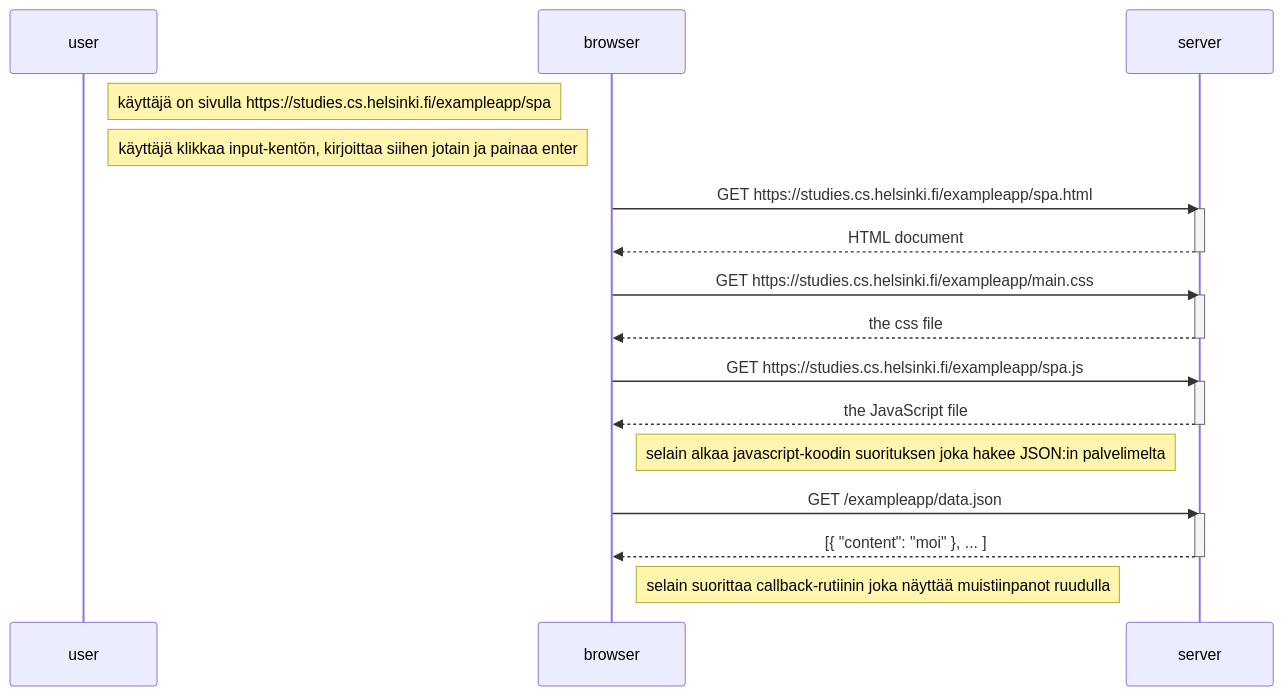
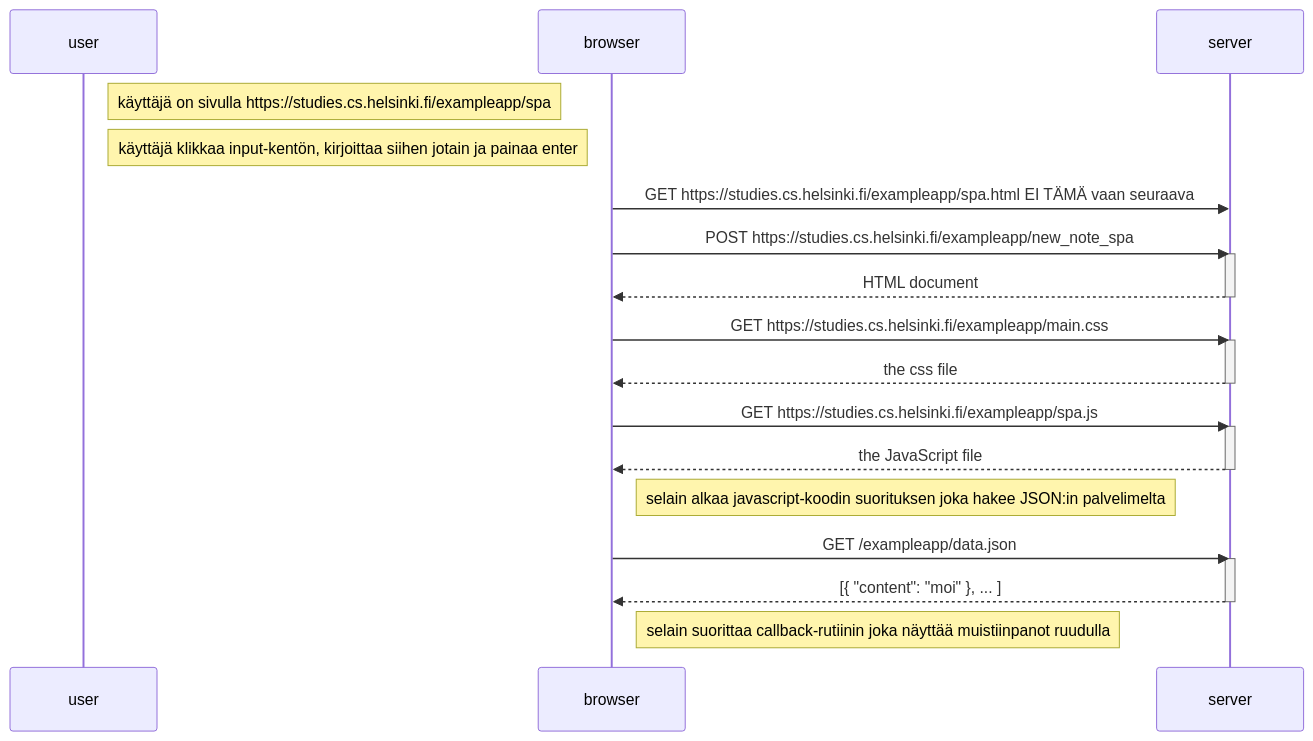
One commit to moocjsi/mooc-harj03 changed the diagram in mermaid-test9.md. Above: the diagram before and after it, drawn with Mermaid.

````diff
--- a/mermaid-test9.md
+++ b/mermaid-test9.md
@@ -2,35 +2,36 @@
 ```mermaid
 sequenceDiagram
     participant user
     participant browser
     participant server
 
     Note right of user: käyttäjä on sivulla https://studies.cs.helsinki.fi/exampleapp/spa
     Note right of user: käyttäjä klikkaa input-kentön, kirjoittaa siihen jotain ja painaa enter
     
-    browser->>server: GET https://studies.cs.helsinki.fi/exampleapp/spa.html
+    browser->>server: GET  https://studies.cs.helsinki.fi/exampleapp/spa.html  EI TÄMÄ vaan seuraava
+    browser->>server: POST https://studies.cs.helsinki.fi/exampleapp/new_note_spa
     activate server
     server-->>browser: HTML document
     deactivate server
 
     browser->>server: GET https://studies.cs.helsinki.fi/exampleapp/main.css
     activate server
     server-->>browser: the css file
     deactivate server
 
     browser->>server: GET https://studies.cs.helsinki.fi/exampleapp/spa.js
     activate server
     server-->>browser: the JavaScript file
     deactivate server
 
     Note right of browser: selain alkaa  javascript-koodin suorituksen joka hakee JSON:in palvelimelta
     browser->>server: GET /exampleapp/data.json
 
     activate server
     server-->>browser: [{ "content": "moi" }, ... ]
     deactivate server
 
     Note right of browser: selain suorittaa callback-rutiinin joka näyttää muistiinpanot ruudulla
 
 
 ```
````
